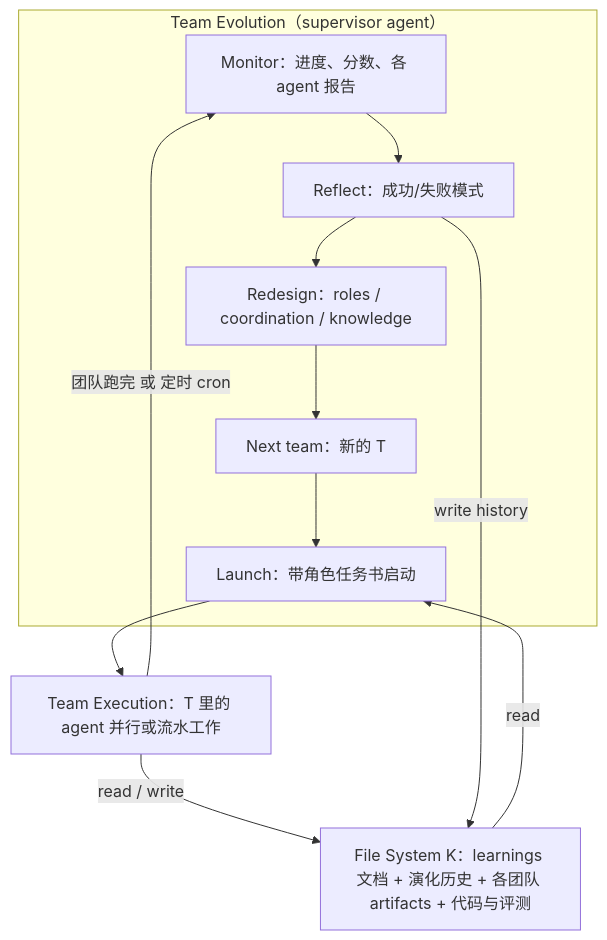
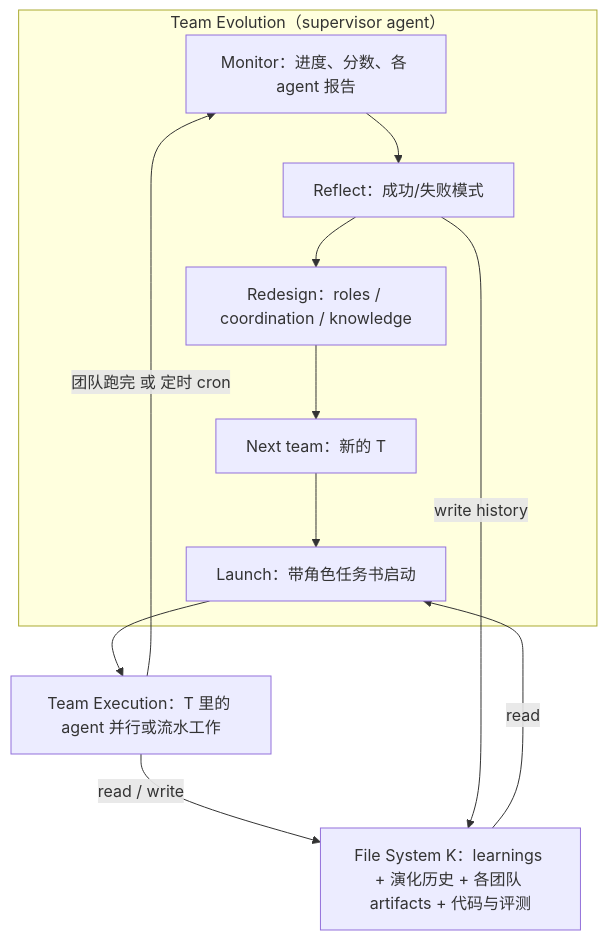
Before and after one commit to yanfeng98/paper-reading-notes: the diagram in notes/papers/2610.36848-v1-evolving-agent-teams/note.md, drawn with Mermaid. The commit also changed other lines of this file and 80 other files, not shown here.

````diff
--- a/notes/papers/2610.36848-v1-evolving-agent-teams/note.md
+++ b/notes/papers/2610.36848-v1-evolving-agent-teams/note.md
@@ -85,16 +149,16 @@
 ```mermaid
 flowchart TD
   subgraph EV["Team Evolution（supervisor agent）"]
     A1["Monitor：进度、分数、各 agent 报告"] --> A2["Reflect：成功/失败模式"]
     A2 --> A3["Redesign：roles / coordination / knowledge"]
     A3 --> A4["Next team：新的 T"]
     A4 --> A5["Launch：带角色任务书启动"]
   end
-  K["File System K：learnings 文档 + 演化历史 + 各团队 artifacts + 代码与评测"]
+  K["File System K：learnings + 演化历史 + 各团队 artifacts + 代码与评测"]
   EX["Team Execution：T 里的 agent 并行或流水工作"]
   A5 --> EX
   EX -->|"read / write"| K
   K -->|"read"| A5
   A2 -->|"write history"| K
   EX -->|"团队跑完 或 定时 cron"| A1
 ```
````
